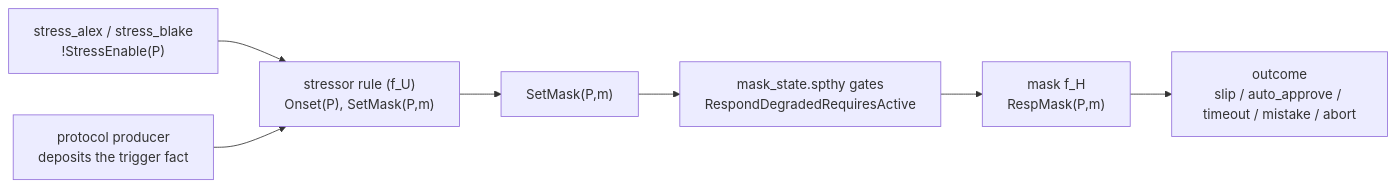
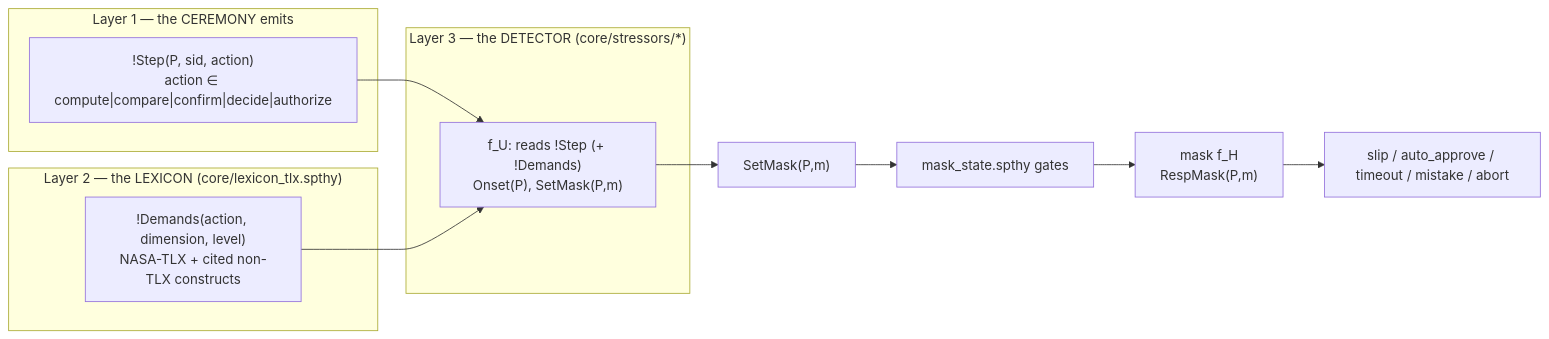
Before and after one commit to LarissaGRosa/mcp-usable-security-formal-analysis: the first of 3 diagrams in tamarin_model/STRESSORS.md, drawn with Mermaid. The commit also changed other lines of this file and 4 other files, not shown here.

````diff
--- a/tamarin_model/STRESSORS.md
+++ b/tamarin_model/STRESSORS.md
@@ -37,9 +14,15 @@
 ```mermaid
 flowchart LR
-  EN["stress_alex / stress_blake<br/>!StressEnable(P)"] --> TR
-  PF["protocol producer<br/>deposits the trigger fact"] --> TR
-  TR["stressor rule (f_U)<br/>Onset(P), SetMask(P,m)"] --> SM["SetMask(P,m)"]
-  SM --> GT["mask_state.spthy gates<br/>RespondDegradedRequiresActive"]
-  GT --> FH["mask f_H<br/>RespMask(P,m)"]
-  FH --> OUT["outcome<br/>slip / auto_approve / timeout / mistake / abort"]
+  subgraph L1["Layer 1 — the CEREMONY emits"]
+    S["!Step(P, sid, action)<br/>action ∈ compute|compare|confirm|decide|authorize"]
+  end
+  subgraph L2["Layer 2 — the LEXICON (core/lexicon_tlx.spthy)"]
+    D["!Demands(action, dimension, level)<br/>NASA-TLX + cited non-TLX constructs"]
+  end
+  subgraph L3["Layer 3 — the DETECTOR (core/stressors/*)"]
+    T["f_U: reads !Step (+ !Demands)<br/>Onset(P), SetMask(P,m)"]
+  end
+  S --> T
+  D --> T
+  T --> SM["SetMask(P,m)"] --> GT["mask_state.spthy gates"] --> FH["mask f_H<br/>RespMask(P,m)"] --> OUT["slip / auto_approve / timeout / mistake / abort"]
 ```
````
